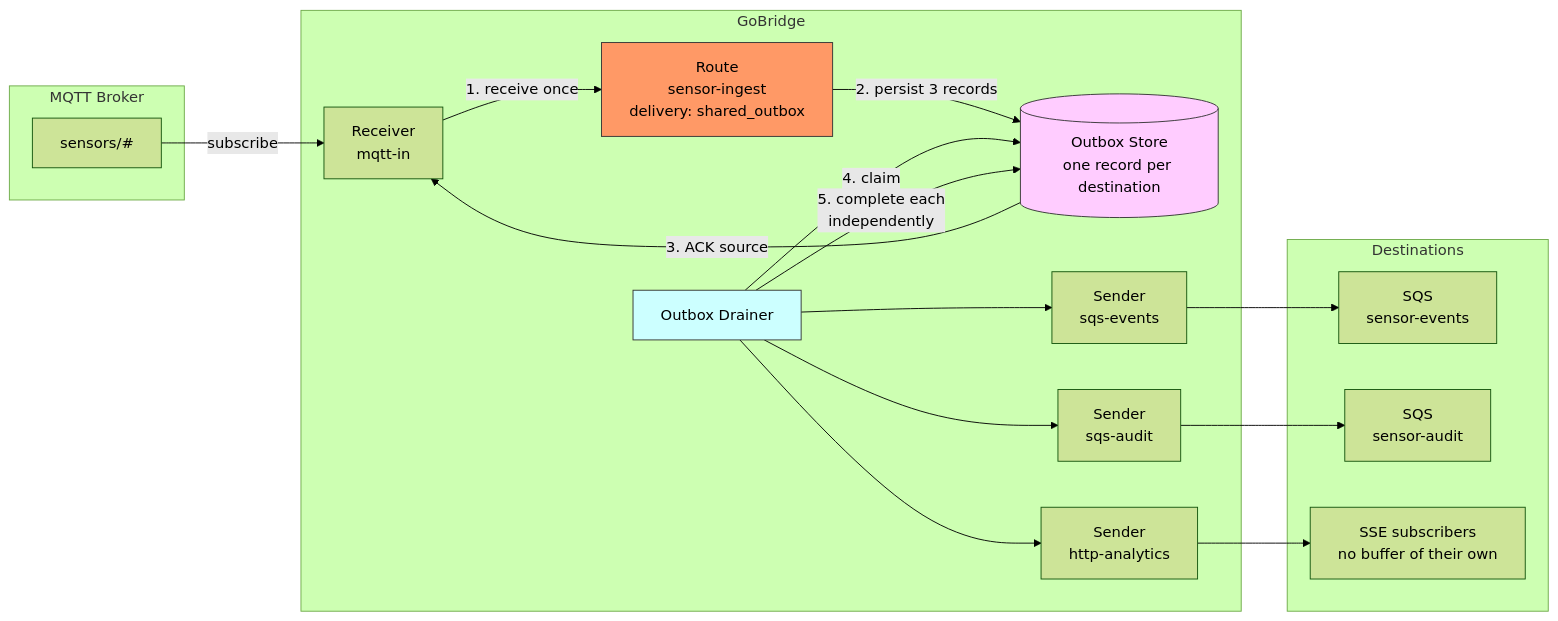
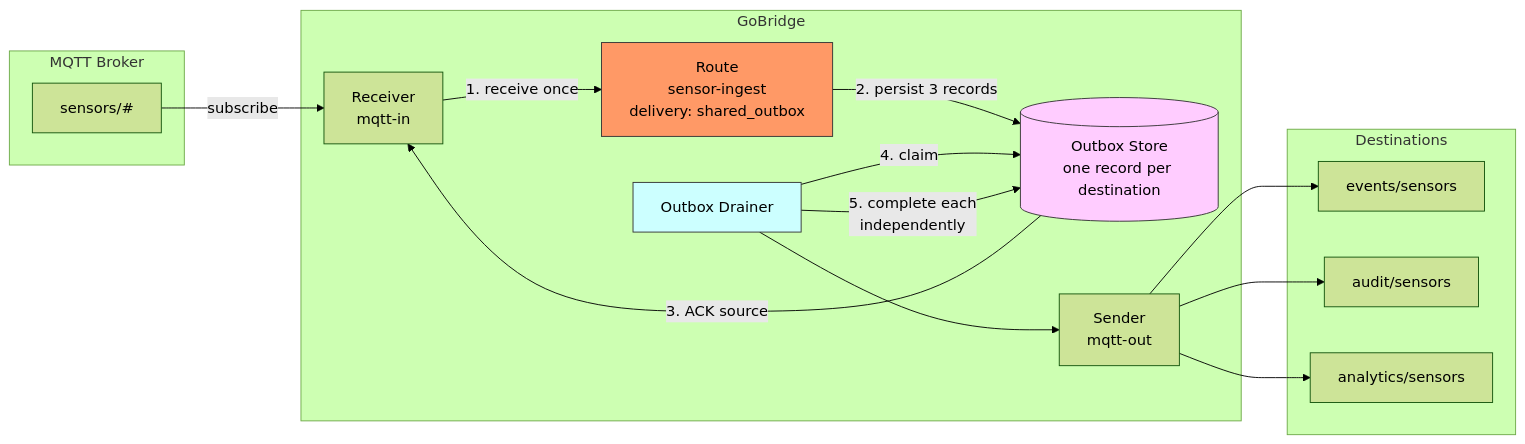
Before and after one commit to mariotoffia/gobridge: the first of 3 diagrams in docs/scenarios/05-durable-shared-outbox.md, drawn with Mermaid (forest theme). The commit also changed other lines of this file and 92 other files, not shown here.

````diff
--- a/docs/scenarios/05-durable-shared-outbox.md
+++ b/docs/scenarios/05-durable-shared-outbox.md
@@ -29,36 +29,34 @@
 ```mermaid
 flowchart LR
     subgraph MQTT Broker
         T["sensors/#"]
     end
 
     subgraph GoBridge
         R[Receiver\nmqtt-in]
         Route[Route\nsensor-ingest\ndelivery: shared_outbox]
         OB[(Outbox Store\none record per destination)]
         DR[Outbox Drainer]
-        S1[Sender\nsqs-events]
-        S2[Sender\nsqs-audit]
-        S3[Sender\nhttp-analytics]
+        S[Sender\nmqtt-out]
     end
 
     subgraph Destinations
-        Q1["SQS\nsensor-events"]
-        Q2["SQS\nsensor-audit"]
-        H["SSE subscribers\nno buffer of their own"]
+        Q1["events/sensors"]
+        Q2["audit/sensors"]
+        Q3["analytics/sensors"]
     end
 
     T -->|subscribe| R
     R -->|1. receive once| Route
     Route -->|2. persist 3 records| OB
     OB -->|3. ACK source| R
     DR -->|4. claim| OB
-    DR --> S1 --> Q1
-    DR --> S2 --> Q2
-    DR --> S3 --> H
+    DR --> S --> Q1
+    S --> Q2
+    S --> Q3
     DR -->|5. complete each\nindependently| OB
 
     style Route fill:#f96,stroke:#333
     style OB fill:#fcf,stroke:#333
     style DR fill:#cff,stroke:#333
 ```
````
